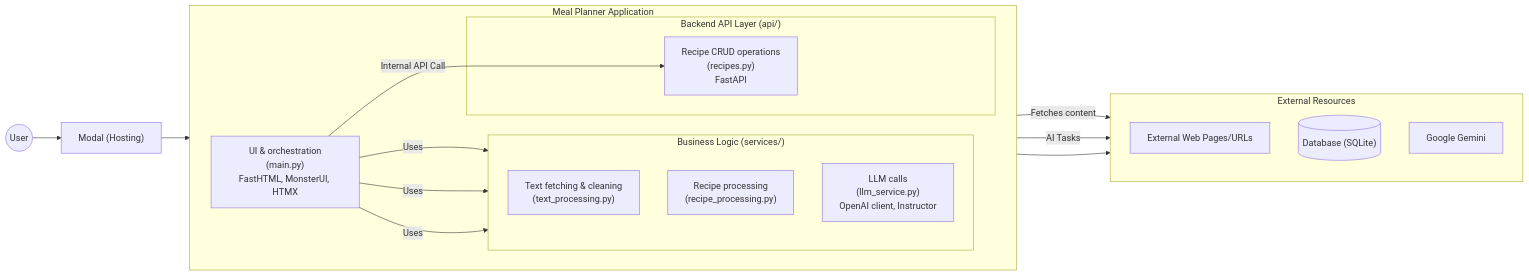
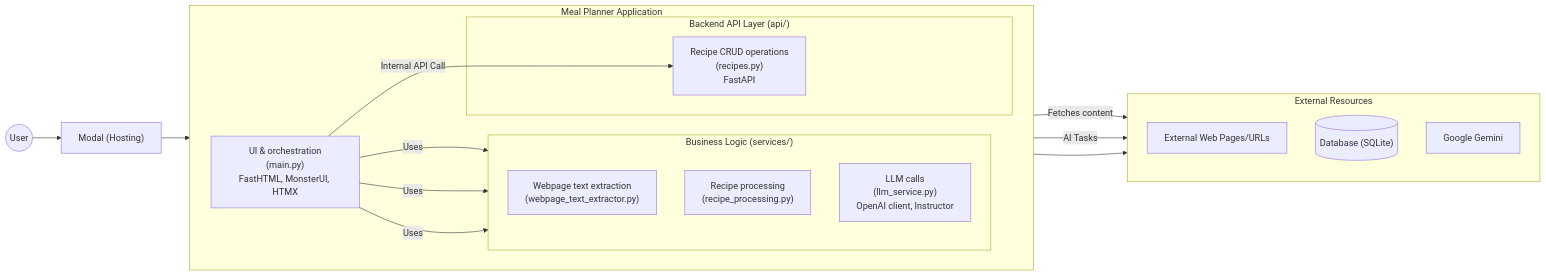
Before and after one commit to gsganden/meal_planner: the diagram in README.md, drawn with Mermaid.

Commit message:
Update diagram

````diff
--- a/README.md
+++ b/README.md
@@ -12,41 +12,41 @@
 ```mermaid
 graph LR
     User(("User"))
 
     Modal["Modal (Hosting)"]
 
     subgraph "Meal Planner Application"
         direction LR
         UI_Layer["UI & orchestration<br/>(main.py)<br/>FastHTML, MonsterUI, HTMX"]
 
         subgraph "Business Logic (services/)"
             direction TB
-            Text_Processing_Service["Text fetching & cleaning<br/>(text_processing.py)"]
+            Webpage_Text_Extractor_Service["Webpage text extraction<br/>(webpage_text_extractor.py)"]
             Recipe_Processing_Service["Recipe processing<br/>(recipe_processing.py)"]
             LLM_Service["LLM calls<br/>(llm_service.py)<br/> OpenAI client, Instructor"]
         end
 
         subgraph "Backend API Layer (api/)"
             API_Layer["Recipe CRUD operations<br/>(recipes.py)<br/>FastAPI"]
         end
 
-        UI_Layer -- "Uses" --> Text_Processing_Service
+        UI_Layer -- "Uses" --> Webpage_Text_Extractor_Service
         UI_Layer -- "Uses" --> Recipe_Processing_Service
         UI_Layer -- "Uses" --> LLM_Service
         UI_Layer -- "Internal API Call" --> API_Layer
     end
 
     subgraph "External Resources"
         direction TB
         External_Web_Pages["External Web Pages/URLs"]
         Database[("Database (SQLite)")]
         Gemini_AI["Google Gemini"]
     end
 
     User --> Modal
     Modal --> UI_Layer
 
-    Text_Processing_Service -- "Fetches content" --> External_Web_Pages
+    Webpage_Text_Extractor_Service -- "Fetches content" --> External_Web_Pages
     LLM_Service -- "AI Tasks" --> Gemini_AI
     API_Layer --> Database
 ```
````
